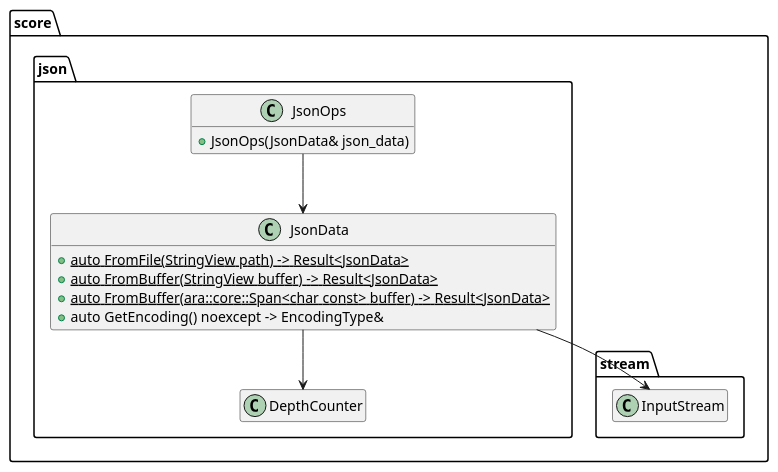
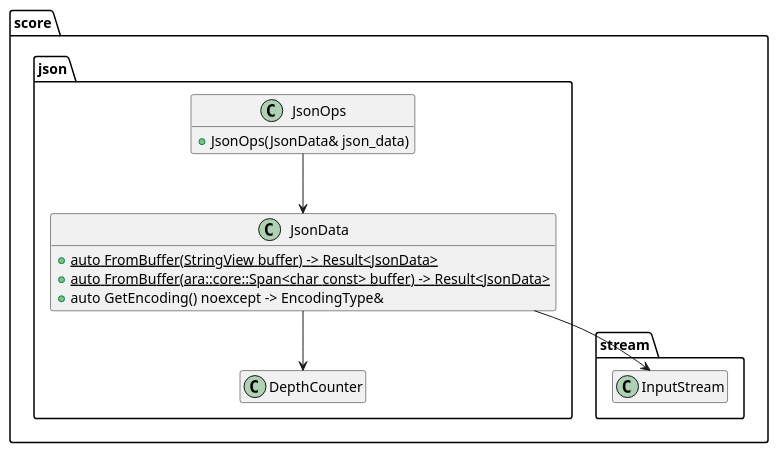
One commit to eclipse-score/baselibs changed the third of 4 diagrams in score/json/docs/vajson/detailed_design/logical/Reader.rst. Above: the diagram before and after it, drawn with PlantUML. The commit also changed 15 other files, not shown here.

```diff
--- a/score/json/docs/vajson/detailed_design/logical/Reader.rst
+++ b/score/json/docs/vajson/detailed_design/logical/Reader.rst
@@ -170,31 +170,30 @@
 .. uml::
 
     @startuml
     hide empty members
 
     package "score" {
       package stream {
         class InputStream {}
       }
       package "json" {
         class JsonOps {
           + JsonOps(JsonData& json_data)
         }
 
         class JsonData {
-          + {static} auto FromFile(StringView path) -> Result<JsonData>
           + {static} auto FromBuffer(StringView buffer) -> Result<JsonData>
           + {static} auto FromBuffer(ara::core::Span<char const> buffer) -> Result<JsonData>
           + auto GetEncoding() noexcept -> EncodingType&
         }
 
         class DepthCounter {}
       }
     }
 
     JsonOps --> JsonData
 
     JsonData --> InputStream
     JsonData --> DepthCounter
 
     @enduml
```
